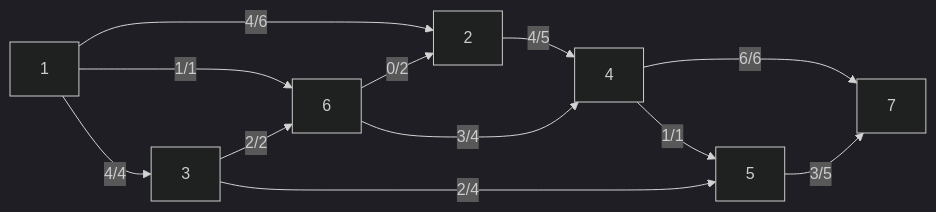
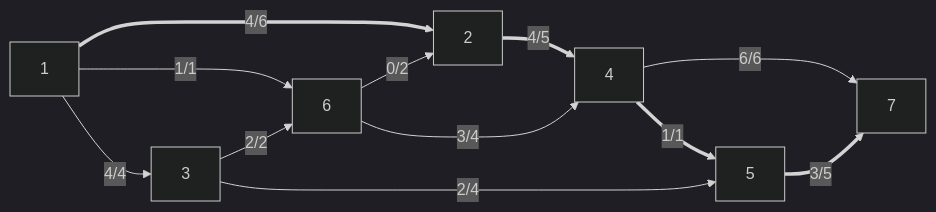
One commit to SuperSamus/appunti-universitari changed the third of 3 diagrams in Ricerca operativa/Problemi di ottimizzazione/Esempi/Esempio ottimizzazione trasporto massimo.md. Above: the diagram before and after it, drawn with Mermaid (dark theme). The commit also changed other lines of this file, not shown here.

Commit message:
vault backup: 2022-10-26 15:54:58

````diff
--- a/Ricerca operativa/Problemi di ottimizzazione/Esempi/Esempio ottimizzazione trasporto massimo.md
+++ b/Ricerca operativa/Problemi di ottimizzazione/Esempi/Esempio ottimizzazione trasporto massimo.md
@@ -41,7 +41,7 @@
 ```mermaid
 flowchart LR
-1 -- 4/6 --> 2 -- 4/5 --> 4 -- 6/6 --> 7
-1 -- 1/1 --> 6 -- 3/4 --> 4 -- 1/1 --> 5
-1 -- 4/4 --> 3 -- 2/4 --> 5 -- 3/5 --> 7
+1 == 4/6 ==> 2 == 4/5 ==> 4 -- 6/6 --> 7
+1 -- 1/1 --> 6 -- 3/4 --> 4 == 1/1 ==> 5
+1 -- 4/4 --> 3 -- 2/4 --> 5 == 3/5 ==> 7
 3 -- 2/2 --> 6 -- 0/2 --> 2
 ```
````
